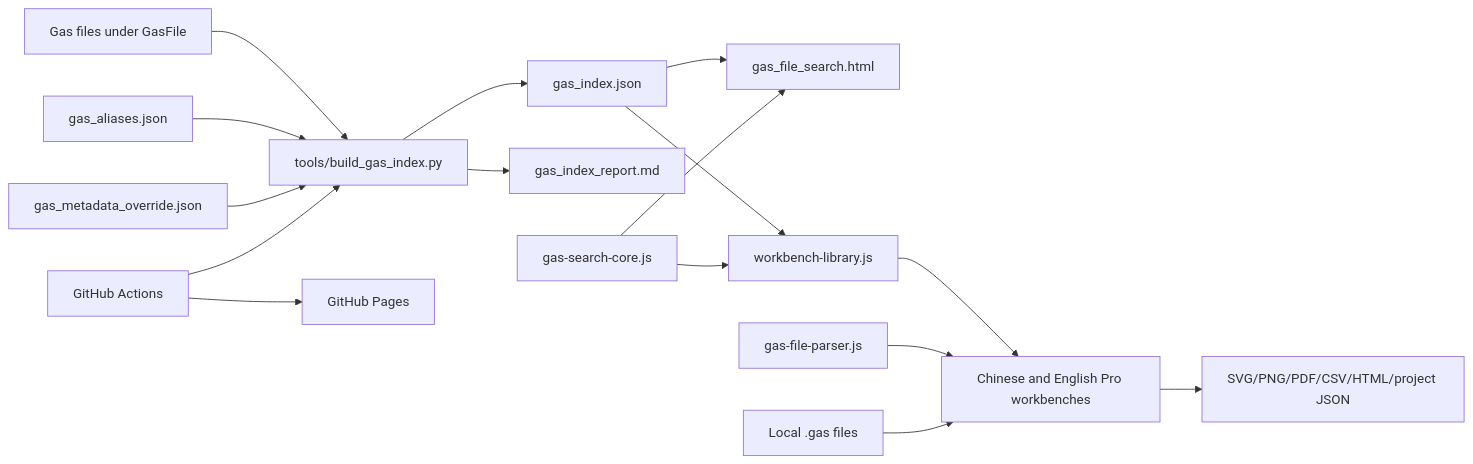
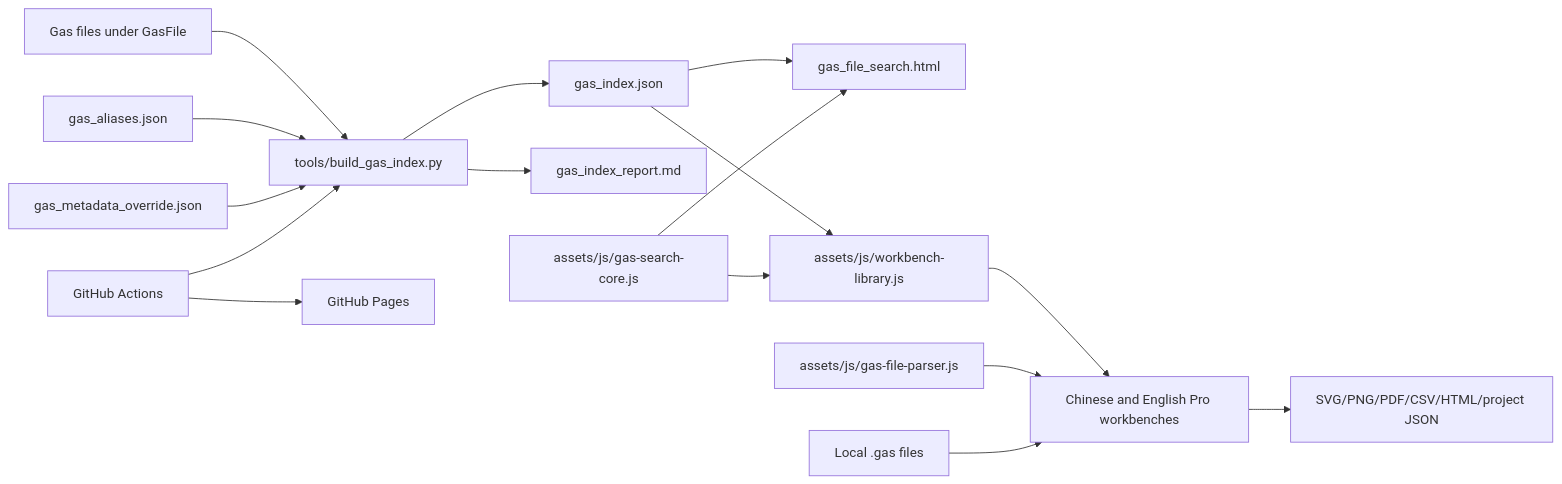
Before and after one commit to Yiding1998/GasFile_Viewer: the first of 2 diagrams in Doc/Code_Design_and_Implementation_EN.md, drawn with Mermaid. The commit also changed other lines of this file and 21 other files, not shown here.

````diff
--- a/Doc/Code_Design_and_Implementation_EN.md
+++ b/Doc/Code_Design_and_Implementation_EN.md
@@ -39,18 +39,18 @@
 ```mermaid
 flowchart LR
     A[Gas files under GasFile] --> B[tools/build_gas_index.py]
     C[gas_aliases.json] --> B
     D[gas_metadata_override.json] --> B
     B --> E[gas_index.json]
     B --> F[gas_index_report.md]
     E --> G[gas_file_search.html]
-    E --> H[workbench-library.js]
-    I[gas-search-core.js] --> G
+    E --> H[assets/js/workbench-library.js]
+    I[assets/js/gas-search-core.js] --> G
     I --> H
     H --> J[Chinese and English Pro workbenches]
-    O[gas-file-parser.js] --> J
+    O[assets/js/gas-file-parser.js] --> J
     K[Local .gas files] --> J
     J --> L[SVG/PNG/PDF/CSV/HTML/project JSON]
     M[GitHub Actions] --> B
     M --> N[GitHub Pages]
 ```
````
